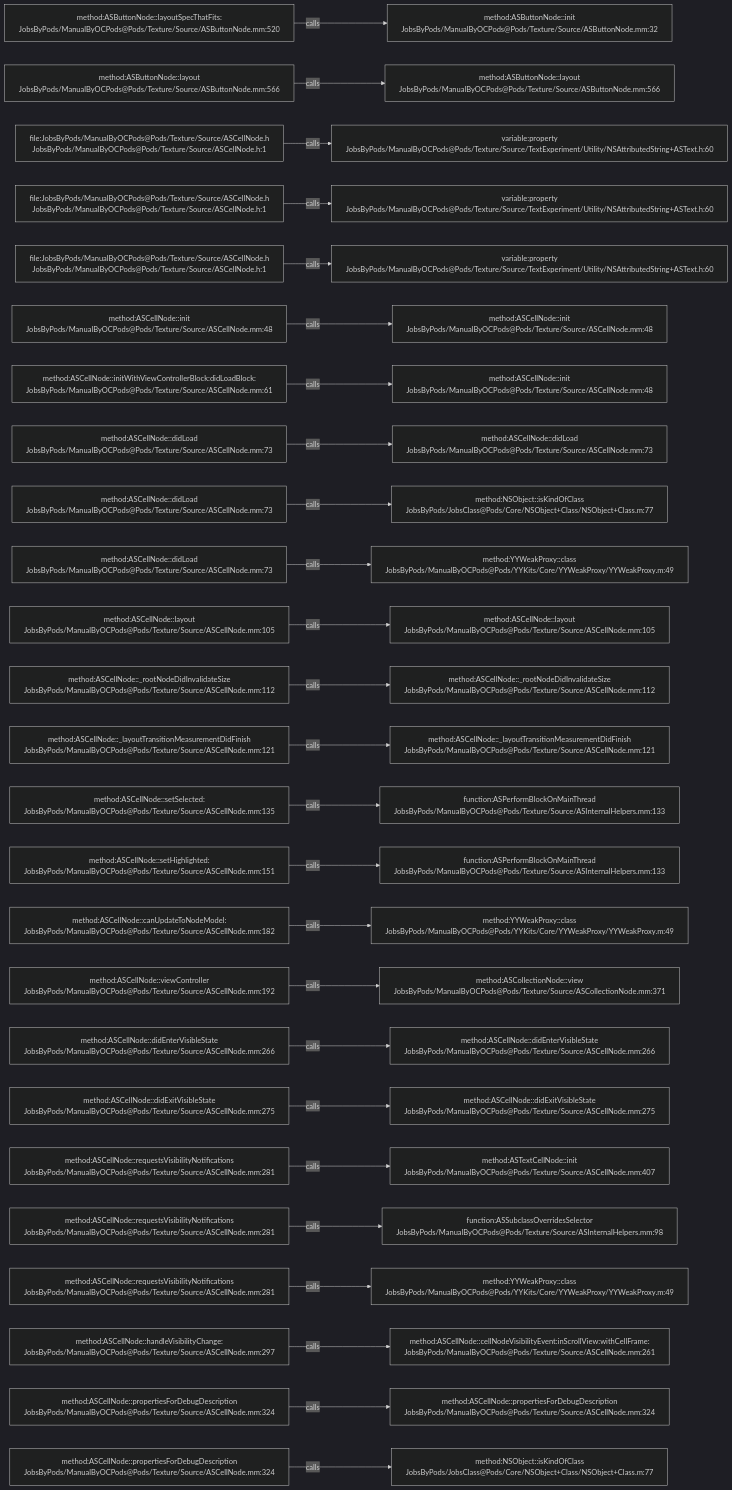
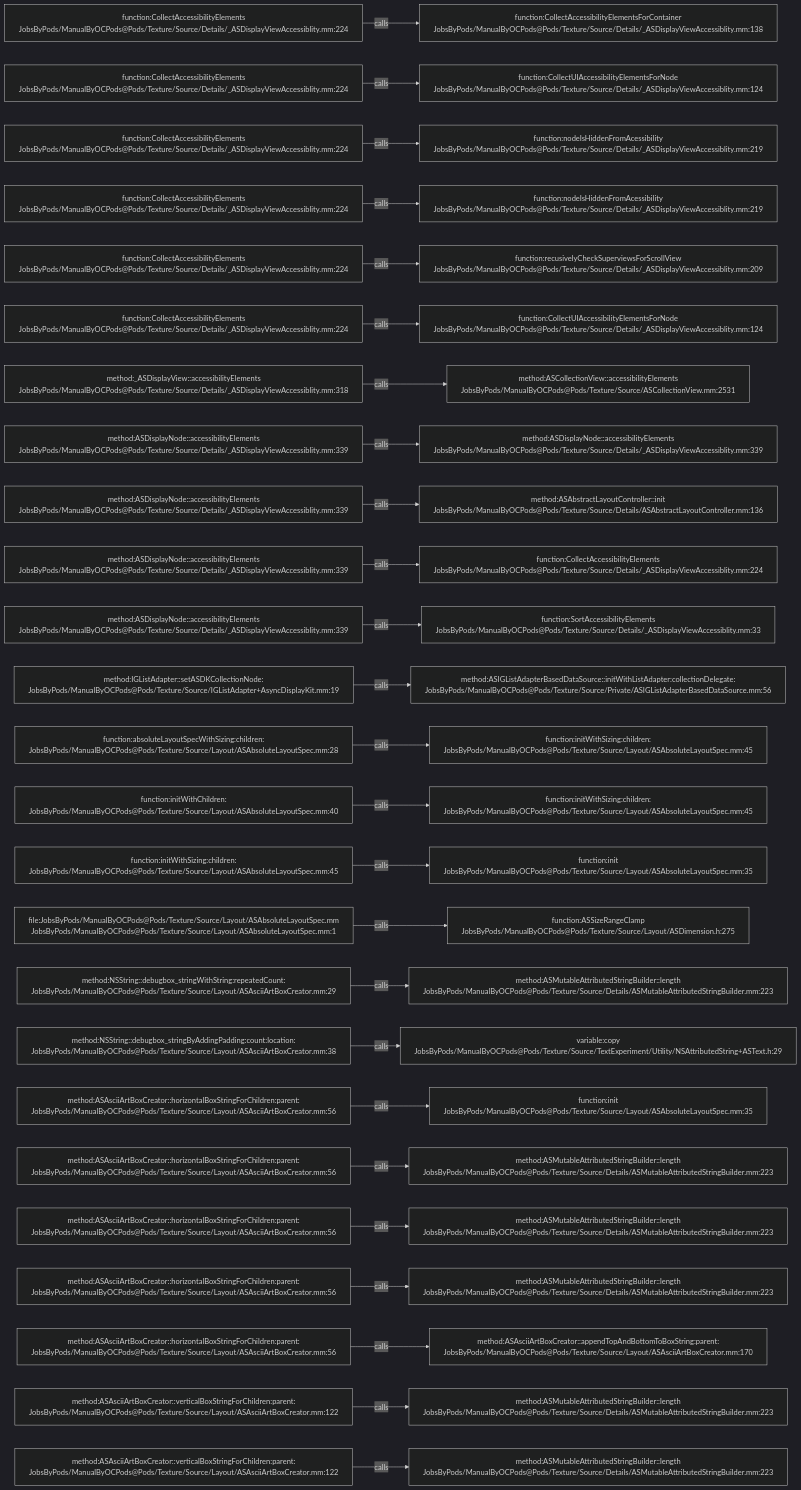
Before and after one commit to JobsKits/JobsOCBaseConfigDemo: the diagram in .codegraph/codegraph.md/graphs/calls-182.md, drawn with Mermaid (dark theme). The commit also changed 2162 other files, not shown here.

````diff
--- a/.codegraph/codegraph.md/graphs/calls-182.md
+++ b/.codegraph/codegraph.md/graphs/calls-182.md
@@ -13,78 +13,78 @@
 ```mermaid
 flowchart LR
-  S1["method:ASButtonNode::layoutSpecThatFits:<br/>JobsByPods/ManualByOCPods@Pods/Texture/Source/ASButtonNode.mm:520"]
-  T1["method:ASButtonNode::init<br/>JobsByPods/ManualByOCPods@Pods/Texture/Source/ASButtonNode.mm:32"]
+  S1["function:CollectAccessibilityElements<br/>JobsByPods/ManualByOCPods@Pods/Texture/Source/Details/_ASDisplayViewAccessiblity.mm:224"]
+  T1["function:CollectAccessibilityElementsForContainer<br/>JobsByPods/ManualByOCPods@Pods/Texture/Source/Details/_ASDisplayViewAccessiblity.mm:138"]
   S1 -->|calls| T1
-  S2["method:ASButtonNode::layout<br/>JobsByPods/ManualByOCPods@Pods/Texture/Source/ASButtonNode.mm:566"]
-  T2["method:ASButtonNode::layout<br/>JobsByPods/ManualByOCPods@Pods/Texture/Source/ASButtonNode.mm:566"]
+  S2["function:CollectAccessibilityElements<br/>JobsByPods/ManualByOCPods@Pods/Texture/Source/Details/_ASDisplayViewAccessiblity.mm:224"]
+  T2["function:CollectUIAccessibilityElementsForNode<br/>JobsByPods/ManualByOCPods@Pods/Texture/Source/Details/_ASDisplayViewAccessiblity.mm:124"]
   S2 -->|calls| T2
-  S3["file:JobsByPods/ManualByOCPods@Pods/Texture/Source/ASCellNode.h<br/>JobsByPods/ManualByOCPods@Pods/Texture/Source/ASCellNode.h:1"]
-  T3["variable:property<br/>JobsByPods/ManualByOCPods@Pods/Texture/Source/TextExperiment/Utility/NSAttributedString+ASText.h:60"]
+  S3["function:CollectAccessibilityElements<br/>JobsByPods/ManualByOCPods@Pods/Texture/Source/Details/_ASDisplayViewAccessiblity.mm:224"]
+  T3["function:nodeIsHiddenFromAcessibility<br/>JobsByPods/ManualByOCPods@Pods/Texture/Source/Details/_ASDisplayViewAccessiblity.mm:219"]
   S3 -->|calls| T3
-  S4["file:JobsByPods/ManualByOCPods@Pods/Texture/Source/ASCellNode.h<br/>JobsByPods/ManualByOCPods@Pods/Texture/Source/ASCellNode.h:1"]
-  T4["variable:property<br/>JobsByPods/ManualByOCPods@Pods/Texture/Source/TextExperiment/Utility/NSAttributedString+ASText.h:60"]
+  S4["function:CollectAccessibilityElements<br/>JobsByPods/ManualByOCPods@Pods/Texture/Source/Details/_ASDisplayViewAccessiblity.mm:224"]
+  T4["function:nodeIsHiddenFromAcessibility<br/>JobsByPods/ManualByOCPods@Pods/Texture/Source/Details/_ASDisplayViewAccessiblity.mm:219"]
   S4 -->|calls| T4
-  S5["file:JobsByPods/ManualByOCPods@Pods/Texture/Source/ASCellNode.h<br/>JobsByPods/ManualByOCPods@Pods/Texture/Source/ASCellNode.h:1"]
-  T5["variable:property<br/>JobsByPods/ManualByOCPods@Pods/Texture/Source/TextExperiment/Utility/NSAttributedString+ASText.h:60"]
+  S5["function:CollectAccessibilityElements<br/>JobsByPods/ManualByOCPods@Pods/Texture/Source/Details/_ASDisplayViewAccessiblity.mm:224"]
+  T5["function:recusivelyCheckSuperviewsForScrollView<br/>JobsByPods/ManualByOCPods@Pods/Texture/Source/Details/_ASDisplayViewAccessiblity.mm:209"]
   S5 -->|calls| T5
-  S6["method:ASCellNode::init<br/>JobsByPods/ManualByOCPods@Pods/Texture/Source/ASCellNode.mm:48"]
-  T6["method:ASCellNode::init<br/>JobsByPods/ManualByOCPods@Pods/Texture/Source/ASCellNode.mm:48"]
+  S6["function:CollectAccessibilityElements<br/>JobsByPods/ManualByOCPods@Pods/Texture/Source/Details/_ASDisplayViewAccessiblity.mm:224"]
+  T6["function:CollectUIAccessibilityElementsForNode<br/>JobsByPods/ManualByOCPods@Pods/Texture/Source/Details/_ASDisplayViewAccessiblity.mm:124"]
   S6 -->|calls| T6
-  S7["method:ASCellNode::initWithViewControllerBlock:didLoadBlock:<br/>JobsByPods/ManualByOCPods@Pods/Texture/Source/ASCellNode.mm:61"]
-  T7["method:ASCellNode::init<br/>JobsByPods/ManualByOCPods@Pods/Texture/Source/ASCellNode.mm:48"]
+  S7["method:_ASDisplayView::accessibilityElements<br/>JobsByPods/ManualByOCPods@Pods/Texture/Source/Details/_ASDisplayViewAccessiblity.mm:318"]
+  T7["method:ASCollectionView::accessibilityElements<br/>JobsByPods/ManualByOCPods@Pods/Texture/Source/ASCollectionView.mm:2531"]
   S7 -->|calls| T7
-  S8["method:ASCellNode::didLoad<br/>JobsByPods/ManualByOCPods@Pods/Texture/Source/ASCellNode.mm:73"]
-  T8["method:ASCellNode::didLoad<br/>JobsByPods/ManualByOCPods@Pods/Texture/Source/ASCellNode.mm:73"]
+  S8["method:ASDisplayNode::accessibilityElements<br/>JobsByPods/ManualByOCPods@Pods/Texture/Source/Details/_ASDisplayViewAccessiblity.mm:339"]
+  T8["method:ASDisplayNode::accessibilityElements<br/>JobsByPods/ManualByOCPods@Pods/Texture/Source/Details/_ASDisplayViewAccessiblity.mm:339"]
   S8 -->|calls| T8
-  S9["method:ASCellNode::didLoad<br/>JobsByPods/ManualByOCPods@Pods/Texture/Source/ASCellNode.mm:73"]
-  T9["method:NSObject::isKindOfClass<br/>JobsByPods/JobsClass@Pods/Core/NSObject+Class/NSObject+Class.m:77"]
+  S9["method:ASDisplayNode::accessibilityElements<br/>JobsByPods/ManualByOCPods@Pods/Texture/Source/Details/_ASDisplayViewAccessiblity.mm:339"]
+  T9["method:ASAbstractLayoutController::init<br/>JobsByPods/ManualByOCPods@Pods/Texture/Source/Details/ASAbstractLayoutController.mm:136"]
   S9 -->|calls| T9
-  S10["method:ASCellNode::didLoad<br/>JobsByPods/ManualByOCPods@Pods/Texture/Source/ASCellNode.mm:73"]
-  T10["method:YYWeakProxy::class<br/>JobsByPods/ManualByOCPods@Pods/YYKits/Core/YYWeakProxy/YYWeakProxy.m:49"]
+  S10["method:ASDisplayNode::accessibilityElements<br/>JobsByPods/ManualByOCPods@Pods/Texture/Source/Details/_ASDisplayViewAccessiblity.mm:339"]
+  T10["function:CollectAccessibilityElements<br/>JobsByPods/ManualByOCPods@Pods/Texture/Source/Details/_ASDisplayViewAccessiblity.mm:224"]
   S10 -->|calls| T10
-  S11["method:ASCellNode::layout<br/>JobsByPods/ManualByOCPods@Pods/Texture/Source/ASCellNode.mm:105"]
-  T11["method:ASCellNode::layout<br/>JobsByPods/ManualByOCPods@Pods/Texture/Source/ASCellNode.mm:105"]
+  S11["method:ASDisplayNode::accessibilityElements<br/>JobsByPods/ManualByOCPods@Pods/Texture/Source/Details/_ASDisplayViewAccessiblity.mm:339"]
+  T11["function:SortAccessibilityElements<br/>JobsByPods/ManualByOCPods@Pods/Texture/Source/Details/_ASDisplayViewAccessiblity.mm:33"]
   S11 -->|calls| T11
-  S12["method:ASCellNode::_rootNodeDidInvalidateSize<br/>JobsByPods/ManualByOCPods@Pods/Texture/Source/ASCellNode.mm:112"]
-  T12["method:ASCellNode::_rootNodeDidInvalidateSize<br/>JobsByPods/ManualByOCPods@Pods/Texture/Source/ASCellNode.mm:112"]
+  S12["method:IGListAdapter::setASDKCollectionNode:<br/>JobsByPods/ManualByOCPods@Pods/Texture/Source/IGListAdapter+AsyncDisplayKit.mm:19"]
+  T12["method:ASIGListAdapterBasedDataSource::initWithListAdapter:collectionDelegate:<br/>JobsByPods/ManualByOCPods@Pods/Texture/Source/Private/ASIGListAdapterBasedDataSource.mm:56"]
   S12 -->|calls| T12
-  S13["method:ASCellNode::_layoutTransitionMeasurementDidFinish<br/>JobsByPods/ManualByOCPods@Pods/Texture/Source/ASCellNode.mm:121"]
-  T13["method:ASCellNode::_layoutTransitionMeasurementDidFinish<br/>JobsByPods/ManualByOCPods@Pods/Texture/Source/ASCellNode.mm:121"]
+  S13["function:absoluteLayoutSpecWithSizing:children:<br/>JobsByPods/ManualByOCPods@Pods/Texture/Source/Layout/ASAbsoluteLayoutSpec.mm:28"]
+  T13["function:initWithSizing:children:<br/>JobsByPods/ManualByOCPods@Pods/Texture/Source/Layout/ASAbsoluteLayoutSpec.mm:45"]
   S13 -->|calls| T13
-  S14["method:ASCellNode::setSelected:<br/>JobsByPods/ManualByOCPods@Pods/Texture/Source/ASCellNode.mm:135"]
-  T14["function:ASPerformBlockOnMainThread<br/>JobsByPods/ManualByOCPods@Pods/Texture/Source/ASInternalHelpers.mm:133"]
+  S14["function:initWithChildren:<br/>JobsByPods/ManualByOCPods@Pods/Texture/Source/Layout/ASAbsoluteLayoutSpec.mm:40"]
+  T14["function:initWithSizing:children:<br/>JobsByPods/ManualByOCPods@Pods/Texture/Source/Layout/ASAbsoluteLayoutSpec.mm:45"]
   S14 -->|calls| T14
-  S15["method:ASCellNode::setHighlighted:<br/>JobsByPods/ManualByOCPods@Pods/Texture/Source/ASCellNode.mm:151"]
-  T15["function:ASPerformBlockOnMainThread<br/>JobsByPods/ManualByOCPods@Pods/Texture/Source/ASInternalHelpers.mm:133"]
+  S15["function:initWithSizing:children:<br/>JobsByPods/ManualByOCPods@Pods/Texture/Source/Layout/ASAbsoluteLayoutSpec.mm:45"]
+  T15["function:init<br/>JobsByPods/ManualByOCPods@Pods/Texture/Source/Layout/ASAbsoluteLayoutSpec.mm:35"]
   S15 -->|calls| T15
-  S16["method:ASCellNode::canUpdateToNodeModel:<br/>JobsByPods/ManualByOCPods@Pods/Texture/Source/ASCellNode.mm:182"]
-  T16["method:YYWeakProxy::class<br/>JobsByPods/ManualByOCPods@Pods/YYKits/Core/YYWeakProxy/YYWeakProxy.m:49"]
+  S16["file:JobsByPods/ManualByOCPods@Pods/Texture/Source/Layout/ASAbsoluteLayoutSpec.mm<br/>JobsByPods/ManualByOCPods@Pods/Texture/Source/Layout/ASAbsoluteLayoutSpec.mm:1"]
+  T16["function:ASSizeRangeClamp<br/>JobsByPods/ManualByOCPods@Pods/Texture/Source/Layout/ASDimension.h:275"]
   S16 -->|calls| T16
-  S17["method:ASCellNode::viewController<br/>JobsByPods/ManualByOCPods@Pods/Texture/Source/ASCellNode.mm:192"]
-  T17["method:ASCollectionNode::view<br/>JobsByPods/ManualByOCPods@Pods/Texture/Source/ASCollectionNode.mm:371"]
+  S17["method:NSString::debugbox_stringWithString:repeatedCount:<br/>JobsByPods/ManualByOCPods@Pods/Texture/Source/Layout/ASAsciiArtBoxCreator.mm:29"]
+  T17["method:ASMutableAttributedStringBuilder::length<br/>JobsByPods/ManualByOCPods@Pods/Texture/Source/Details/ASMutableAttributedStringBuilder.mm:223"]
   S17 -->|calls| T17
-  S18["method:ASCellNode::didEnterVisibleState<br/>JobsByPods/ManualByOCPods@Pods/Texture/Source/ASCellNode.mm:266"]
-  T18["method:ASCellNode::didEnterVisibleState<br/>JobsByPods/ManualByOCPods@Pods/Texture/Source/ASCellNode.mm:266"]
+  S18["method:NSString::debugbox_stringByAddingPadding:count:location:<br/>JobsByPods/ManualByOCPods@Pods/Texture/Source/Layout/ASAsciiArtBoxCreator.mm:38"]
+  T18["variable:copy<br/>JobsByPods/ManualByOCPods@Pods/Texture/Source/TextExperiment/Utility/NSAttributedString+ASText.h:29"]
   S18 -->|calls| T18
-  S19["method:ASCellNode::didExitVisibleState<br/>JobsByPods/ManualByOCPods@Pods/Texture/Source/ASCellNode.mm:275"]
-  T19["method:ASCellNode::didExitVisibleState<br/>JobsByPods/ManualByOCPods@Pods/Texture/Source/ASCellNode.mm:275"]
+  S19["method:ASAsciiArtBoxCreator::horizontalBoxStringForChildren:parent:<br/>JobsByPods/ManualByOCPods@Pods/Texture/Source/Layout/ASAsciiArtBoxCreator.mm:56"]
+  T19["function:init<br/>JobsByPods/ManualByOCPods@Pods/Texture/Source/Layout/ASAbsoluteLayoutSpec.mm:35"]
   S19 -->|calls| T19
-  S20["method:ASCellNode::requestsVisibilityNotifications<br/>JobsByPods/ManualByOCPods@Pods/Texture/Source/ASCellNode.mm:281"]
-  T20["method:ASTextCellNode::init<br/>JobsByPods/ManualByOCPods@Pods/Texture/Source/ASCellNode.mm:407"]
+  S20["method:ASAsciiArtBoxCreator::horizontalBoxStringForChildren:parent:<br/>JobsByPods/ManualByOCPods@Pods/Texture/Source/Layout/ASAsciiArtBoxCreator.mm:56"]
+  T20["method:ASMutableAttributedStringBuilder::length<br/>JobsByPods/ManualByOCPods@Pods/Texture/Source/Details/ASMutableAttributedStringBuilder.mm:223"]
   S20 -->|calls| T20
-  S21["method:ASCellNode::requestsVisibilityNotifications<br/>JobsByPods/ManualByOCPods@Pods/Texture/Source/ASCellNode.mm:281"]
-  T21["function:ASSubclassOverridesSelector<br/>JobsByPods/ManualByOCPods@Pods/Texture/Source/ASInternalHelpers.mm:98"]
+  S21["method:ASAsciiArtBoxCreator::horizontalBoxStringForChildren:parent:<br/>JobsByPods/ManualByOCPods@Pods/Texture/Source/Layout/ASAsciiArtBoxCreator.mm:56"]
+  T21["method:ASMutableAttributedStringBuilder::length<br/>JobsByPods/ManualByOCPods@Pods/Texture/Source/Details/ASMutableAttributedStringBuilder.mm:223"]
   S21 -->|calls| T21
-  S22["method:ASCellNode::requestsVisibilityNotifications<br/>JobsByPods/ManualByOCPods@Pods/Texture/Source/ASCellNode.mm:281"]
-  T22["method:YYWeakProxy::class<br/>JobsByPods/ManualByOCPods@Pods/YYKits/Core/YYWeakProxy/YYWeakProxy.m:49"]
+  S22["method:ASAsciiArtBoxCreator::horizontalBoxStringForChildren:parent:<br/>JobsByPods/ManualByOCPods@Pods/Texture/Source/Layout/ASAsciiArtBoxCreator.mm:56"]
+  T22["method:ASMutableAttributedStringBuilder::length<br/>JobsByPods/ManualByOCPods@Pods/Texture/Source/Details/ASMutableAttributedStringBuilder.mm:223"]
   S22 -->|calls| T22
-  S23["method:ASCellNode::handleVisibilityChange:<br/>JobsByPods/ManualByOCPods@Pods/Texture/Source/ASCellNode.mm:297"]
-  T23["method:ASCellNode::cellNodeVisibilityEvent:inScrollView:withCellFrame:<br/>JobsByPods/ManualByOCPods@Pods/Texture/Source/ASCellNode.mm:261"]
+  S23["method:ASAsciiArtBoxCreator::horizontalBoxStringForChildren:parent:<br/>JobsByPods/ManualByOCPods@Pods/Texture/Source/Layout/ASAsciiArtBoxCreator.mm:56"]
+  T23["method:ASAsciiArtBoxCreator::appendTopAndBottomToBoxString:parent:<br/>JobsByPods/ManualByOCPods@Pods/Texture/Source/Layout/ASAsciiArtBoxCreator.mm:170"]
   S23 -->|calls| T23
-  S24["method:ASCellNode::propertiesForDebugDescription<br/>JobsByPods/ManualByOCPods@Pods/Texture/Source/ASCellNode.mm:324"]
-  T24["method:ASCellNode::propertiesForDebugDescription<br/>JobsByPods/ManualByOCPods@Pods/Texture/Source/ASCellNode.mm:324"]
+  S24["method:ASAsciiArtBoxCreator::verticalBoxStringForChildren:parent:<br/>JobsByPods/ManualByOCPods@Pods/Texture/Source/Layout/ASAsciiArtBoxCreator.mm:122"]
+  T24["method:ASMutableAttributedStringBuilder::length<br/>JobsByPods/ManualByOCPods@Pods/Texture/Source/Details/ASMutableAttributedStringBuilder.mm:223"]
   S24 -->|calls| T24
-  S25["method:ASCellNode::propertiesForDebugDescription<br/>JobsByPods/ManualByOCPods@Pods/Texture/Source/ASCellNode.mm:324"]
-  T25["method:NSObject::isKindOfClass<br/>JobsByPods/JobsClass@Pods/Core/NSObject+Class/NSObject+Class.m:77"]
+  S25["method:ASAsciiArtBoxCreator::verticalBoxStringForChildren:parent:<br/>JobsByPods/ManualByOCPods@Pods/Texture/Source/Layout/ASAsciiArtBoxCreator.mm:122"]
+  T25["method:ASMutableAttributedStringBuilder::length<br/>JobsByPods/ManualByOCPods@Pods/Texture/Source/Details/ASMutableAttributedStringBuilder.mm:223"]
   S25 -->|calls| T25
 ```
````
